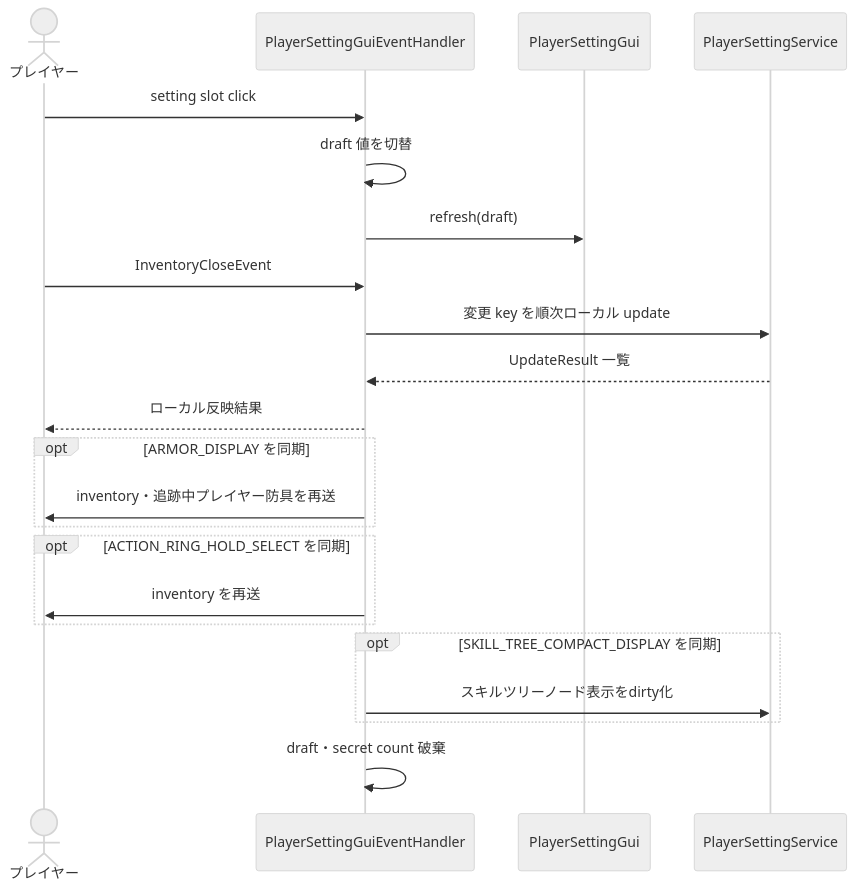
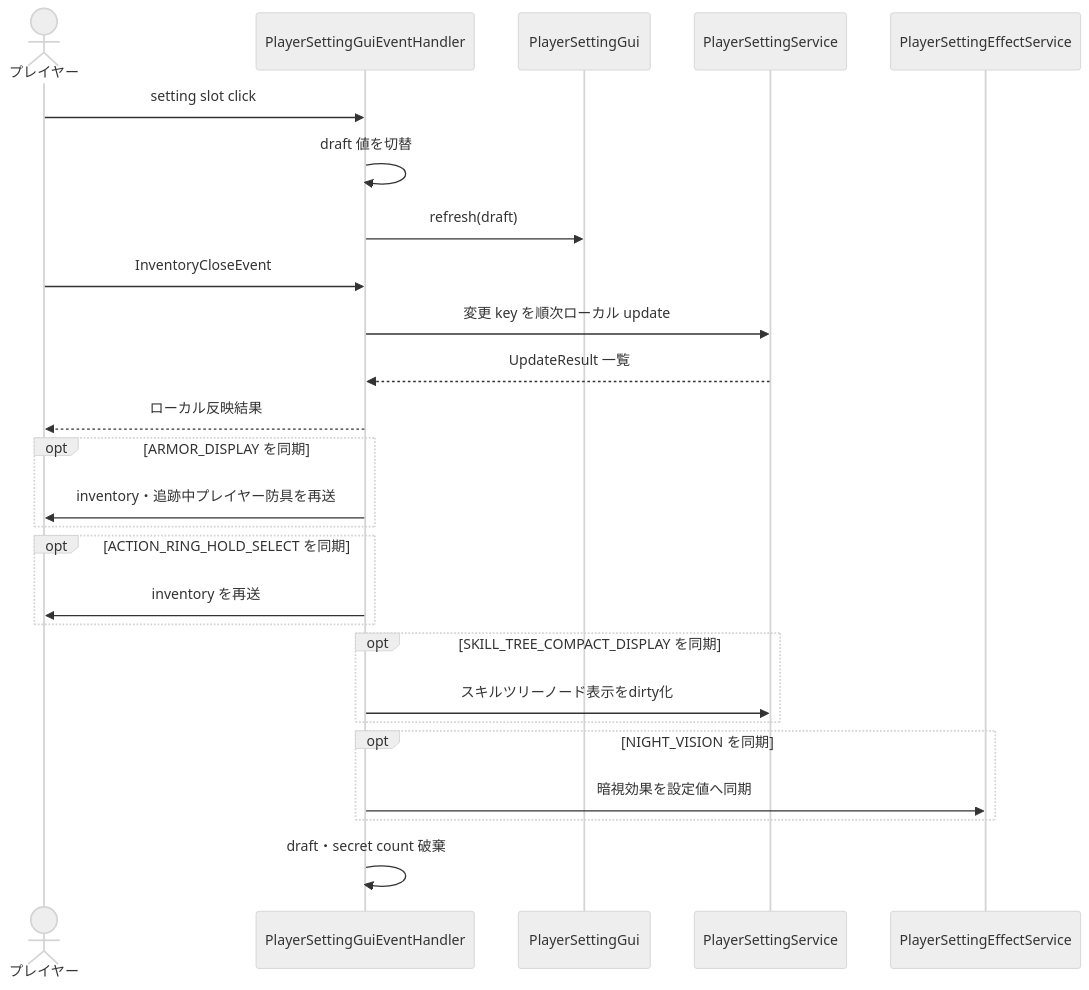
The third of 3 diagrams in 00_docs/10_Plugin設計書/feature/11-player-setting/11_4-統合フロー.md (maaasu/AstralRecord-Workspace), drawn with Mermaid (neutral theme) before and after one commit. The commit also changed other lines of this file and 20 other files, not shown here.

````diff
--- a/00_docs/10_Plugin設計書/feature/11-player-setting/11_4-統合フロー.md
+++ b/00_docs/10_Plugin設計書/feature/11-player-setting/11_4-統合フロー.md
@@ -82,25 +88,29 @@
 ```mermaid
 sequenceDiagram
     actor Player as プレイヤー
     participant Event as PlayerSettingGuiEventHandler
     participant Gui as PlayerSettingGui
     participant Service as PlayerSettingService
+    participant Effect as PlayerSettingEffectService
 
     Player->>Event: setting slot click
     Event->>Event: draft 値を切替
     Event->>Gui: refresh(draft)
     Player->>Event: InventoryCloseEvent
     Event->>Service: 変更 key を順次ローカル update
     Service-->>Event: UpdateResult 一覧
     Event-->>Player: ローカル反映結果
     opt ARMOR_DISPLAY を同期
         Event->>Player: inventory・追跡中プレイヤー防具を再送
     end
     opt ACTION_RING_HOLD_SELECT を同期
         Event->>Player: inventory を再送
     end
     opt SKILL_TREE_COMPACT_DISPLAY を同期
         Event->>Service: スキルツリーノード表示をdirty化
     end
+    opt NIGHT_VISION を同期
+        Event->>Effect: 暗視効果を設定値へ同期
+    end
     Event->>Event: draft・secret count 破棄
 ```
````
